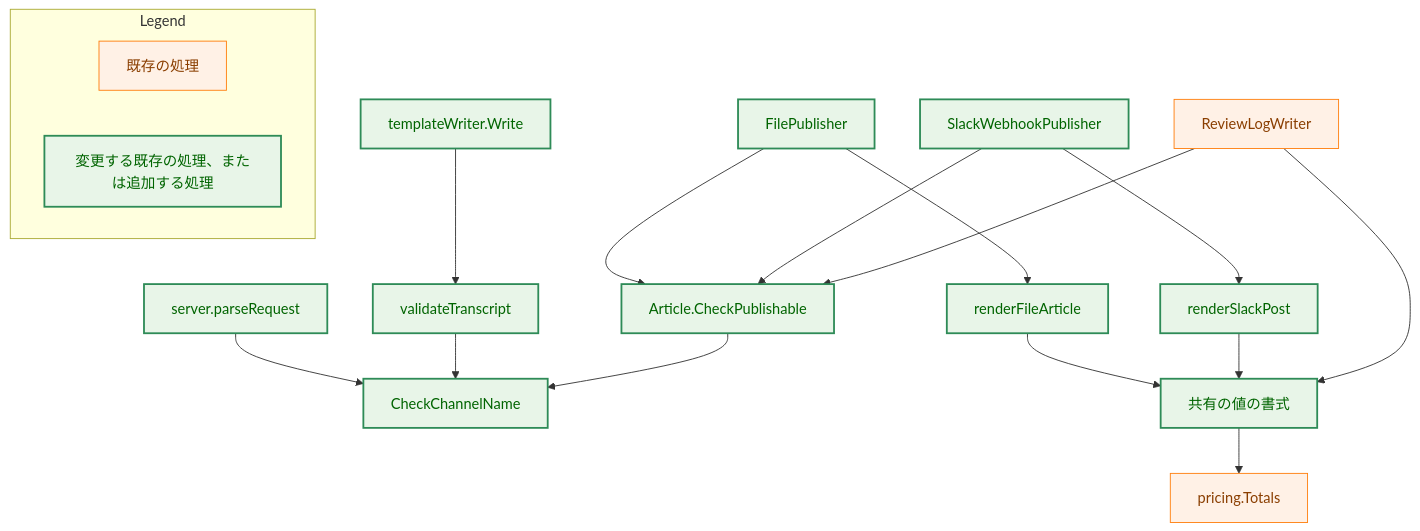
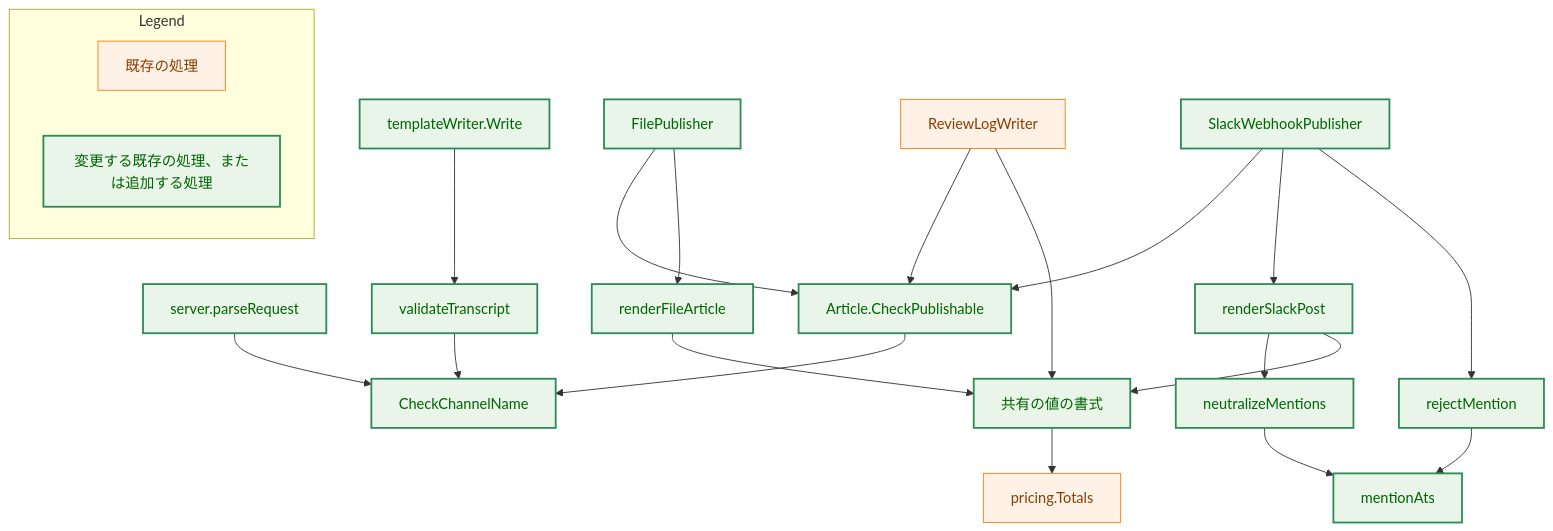
One commit to isseis/yt2column changed the second of 5 diagrams in docs/tasks/0028_output_layout/02_architecture.md. Above: the diagram before and after it, drawn with Mermaid. The commit also changed other lines of this file and 1 other file, not shown here.

First line of the commit message:
docs(0028): rework mention handling and the channel name limit after design review

````diff
--- a/docs/tasks/0028_output_layout/02_architecture.md
+++ b/docs/tasks/0028_output_layout/02_architecture.md
@@ -65,37 +65,44 @@
 ```mermaid
 flowchart TD
     classDef process fill:#fff1e6,stroke:#ff7f0e,stroke-width:1px,color:#8a3e00;
     classDef enhanced fill:#e8f5e8,stroke:#2e8b57,stroke-width:2px,color:#006400;
 
     PRQ["server.parseRequest"]:::enhanced
     WR["templateWriter.Write"]:::enhanced
     VT["validateTranscript"]:::enhanced
     CCN["CheckChannelName"]:::enhanced
     CP["Article.CheckPublishable"]:::enhanced
     FPUB["FilePublisher"]:::enhanced
     SPUB["SlackWebhookPublisher"]:::enhanced
     RS["renderSlackPost"]:::enhanced
     RF["renderFileArticle"]:::enhanced
+    NM["neutralizeMentions"]:::enhanced
+    RM["rejectMention"]:::enhanced
+    MA["mentionAts"]:::enhanced
     FM["共有の値の書式"]:::enhanced
     PR["pricing.Totals"]:::process
     RL["ReviewLogWriter"]:::process
 
     PRQ --> CCN
     WR --> VT --> CCN
     CP --> CCN
     FPUB --> CP
     SPUB --> CP
     FPUB --> RF
     SPUB --> RS
+    RS --> NM
+    SPUB --> RM
+    NM --> MA
+    RM --> MA
     RF --> FM
     RS --> FM
     FM --> PR
     RL --> CP
     RL --> FM
 
     subgraph Legend["Legend"]
         direction LR
         L1["既存の処理"]:::process
         L2["変更する既存の処理、または追加する処理"]:::enhanced
     end
 ```
````
